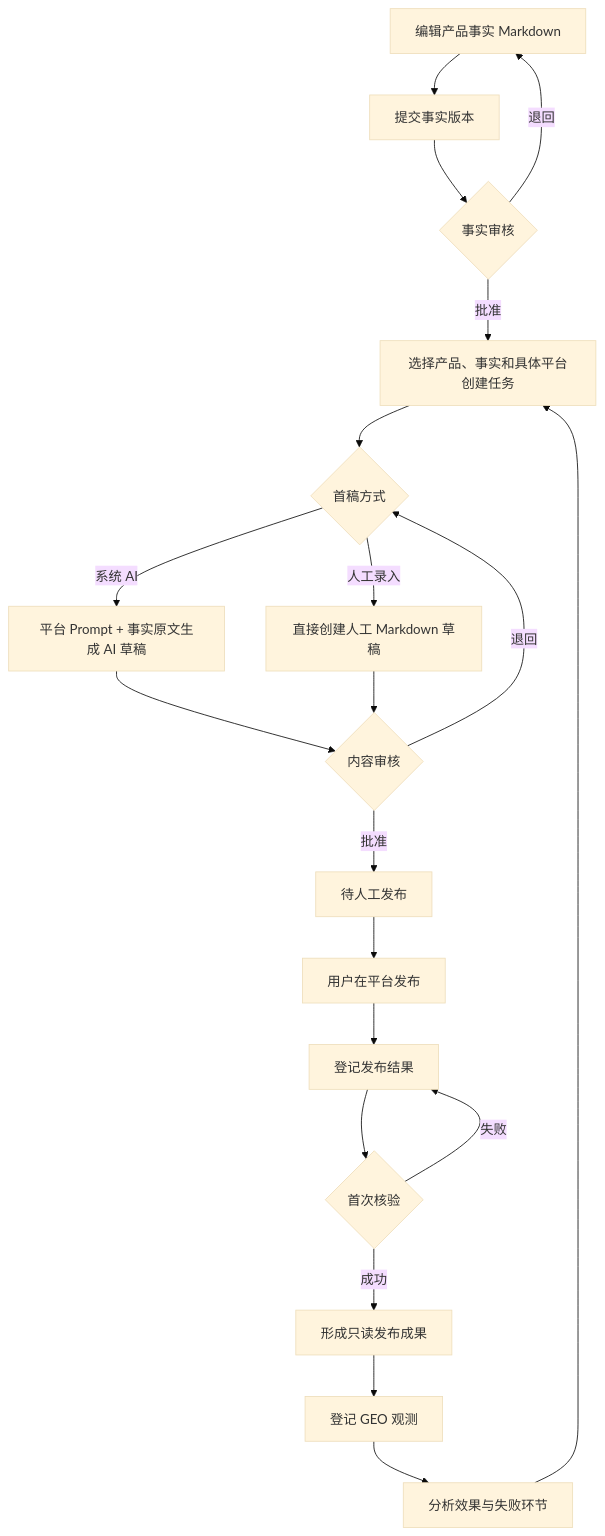
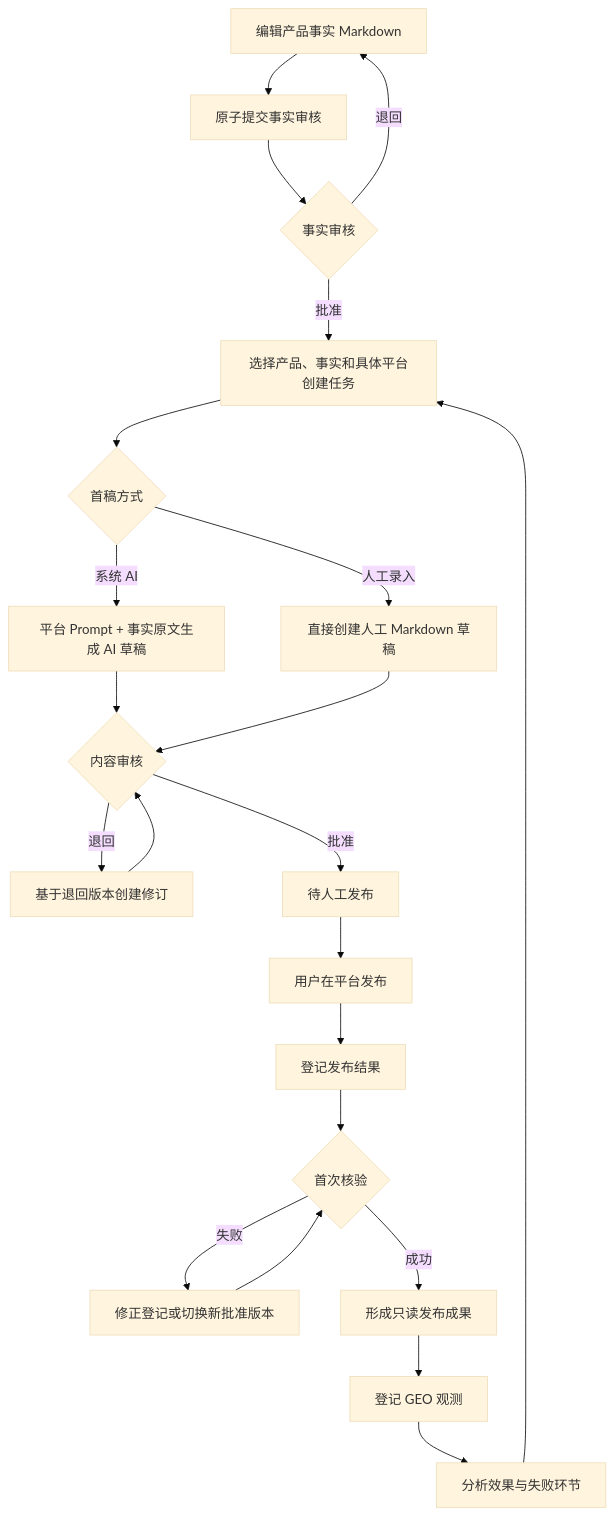
One commit to ccisnoxx/partsignal changed the first of 4 diagrams in docs/GEO多平台内容运营系统方案设计.md. Above: the diagram before and after it, drawn with Mermaid (base theme). The commit also changed other lines of this file and 83 other files, not shown here.

````diff
--- a/docs/GEO多平台内容运营系统方案设计.md
+++ b/docs/GEO多平台内容运营系统方案设计.md
@@ -228,22 +238,24 @@
 ```mermaid
 flowchart TD
-    A[编辑产品事实 Markdown] --> B[提交事实版本]
+    A[编辑产品事实 Markdown] --> B[原子提交事实审核]
     B --> C{事实审核}
     C -->|退回| A
     C -->|批准| D[选择产品、事实和具体平台创建任务]
     D --> E{首稿方式}
     E -->|系统 AI| G[平台 Prompt + 事实原文生成 AI 草稿]
     E -->|人工录入| H[直接创建人工 Markdown 草稿]
     G --> F{内容审核}
     H --> F
-    F -->|退回| E
+    F -->|退回| I[基于退回版本创建修订]
+    I --> F
     F -->|批准| J[待人工发布]
     J --> K[用户在平台发布]
     K --> L[登记发布结果]
     L --> M{首次核验}
-    M -->|失败| L
+    M -->|失败| Q[修正登记或切换新批准版本]
+    Q --> M
     M -->|成功| P[形成只读发布成果]
     P --> N[登记 GEO 观测]
     N --> O[分析效果与失败环节]
     O --> D
 ```
````
